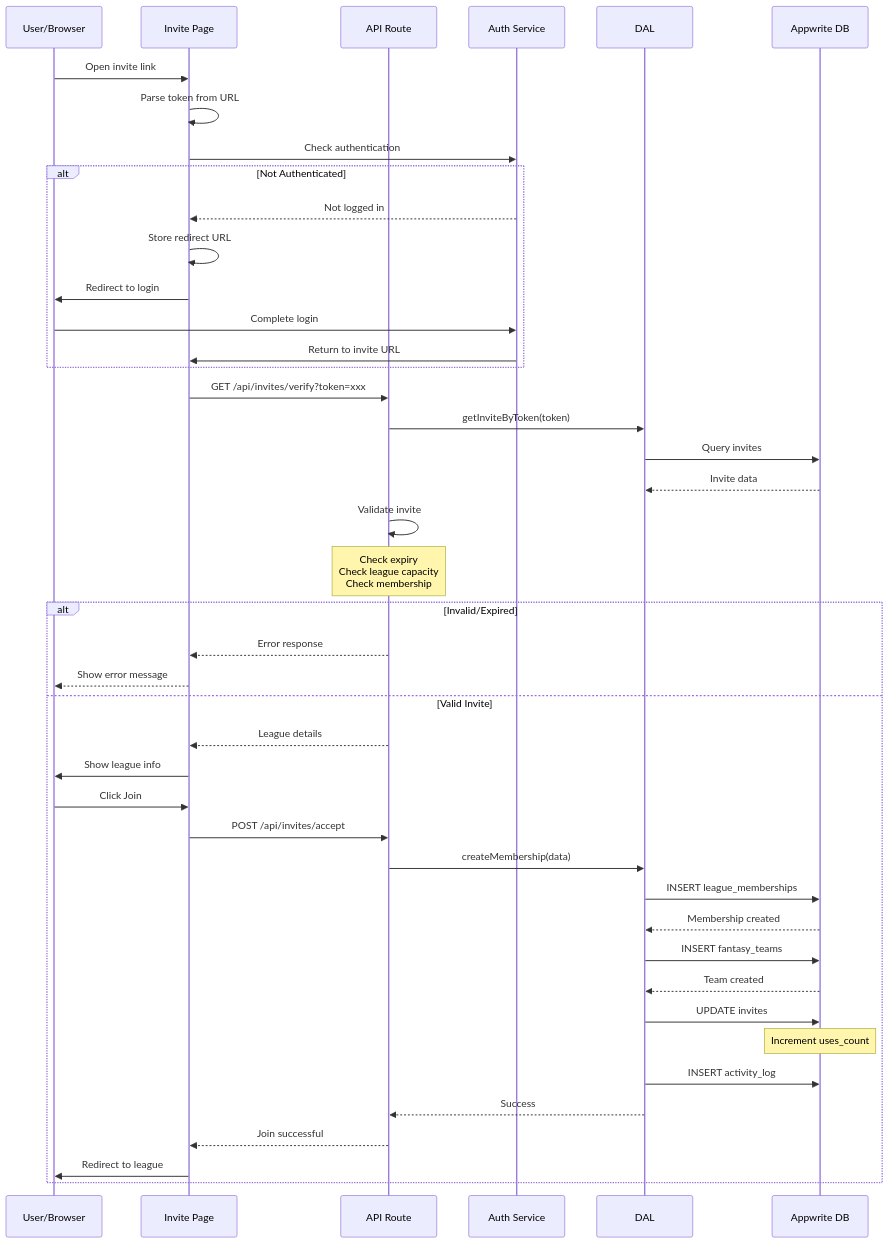
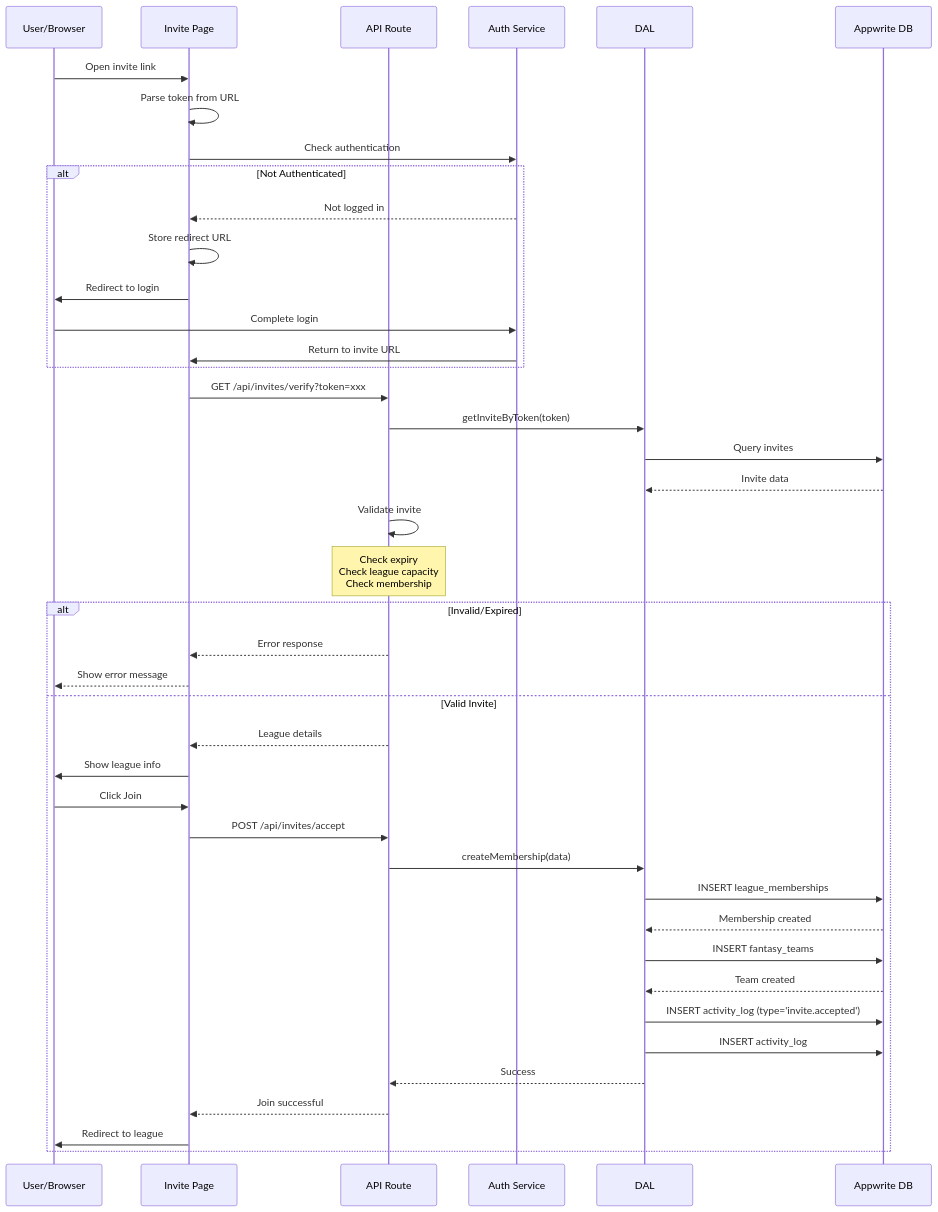
One commit to kpm34/college-football-fantasy-app changed the second of 2 diagrams in docs/diagrams/functional-flow/join-league-flow-invite.md. Above: the diagram before and after it, drawn with Mermaid. The commit also changed other lines of this file and 288 other files, not shown here.

Commit message:
feat(diagrams): Admin Diagrams hub + Lucid OAuth/import integration; add Open in Lucid buttons; fix TS setup

````diff
--- a/docs/diagrams/functional-flow/join-league-flow-invite.md
+++ b/docs/diagrams/functional-flow/join-league-flow-invite.md
@@ -54,57 +54,57 @@
 ```mermaid
 sequenceDiagram
     participant U as User/Browser
     participant C as Invite Page
     participant A as API Route
     participant Auth as Auth Service
     participant D as DAL
     participant DB as Appwrite DB
     
     U->>C: Open invite link
     C->>C: Parse token from URL
     
     C->>Auth: Check authentication
     
     alt Not Authenticated
         Auth-->>C: Not logged in
         C->>C: Store redirect URL
         C->>U: Redirect to login
         U->>Auth: Complete login
         Auth->>C: Return to invite URL
     end
     
     C->>A: GET /api/invites/verify?token=xxx
     A->>D: getInviteByToken(token)
     D->>DB: Query invites
     DB-->>D: Invite data
     
     A->>A: Validate invite
     Note over A: Check expiry<br/>Check league capacity<br/>Check membership
     
     alt Invalid/Expired
         A-->>C: Error response
         C-->>U: Show error message
     else Valid Invite
         A-->>C: League details
         C->>U: Show league info
         
         U->>C: Click Join
         C->>A: POST /api/invites/accept
         
         A->>D: createMembership(data)
         D->>DB: INSERT league_memberships
         DB-->>D: Membership created
         
         D->>DB: INSERT fantasy_teams
         DB-->>D: Team created
         
-        D->>DB: UPDATE invites
-        Note over DB: Increment uses_count
+        %% Track invite usage via activity_log instead of counter on invites
+        D->>DB: INSERT activity_log (type='invite.accepted')
         
         D->>DB: INSERT activity_log
         
         D-->>A: Success
         A-->>C: Join successful
         C->>U: Redirect to league
     end
 ```
````
